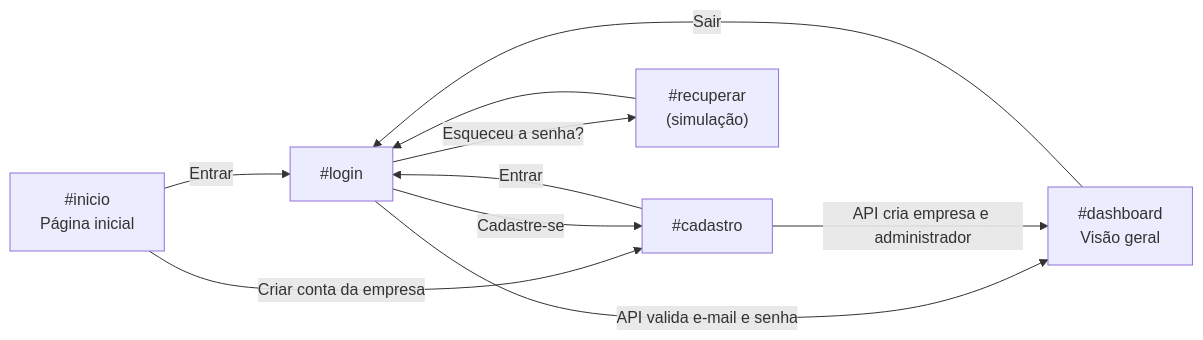
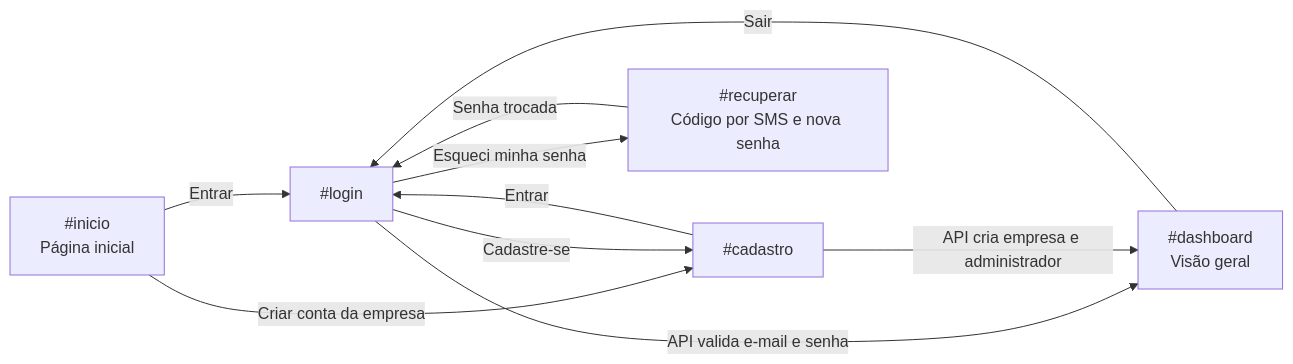
One commit to Andreik-f/Is.toque changed the first of 3 diagrams in documentação/04-Projeto de Interface.md. Above: the diagram before and after it, drawn with Mermaid. The commit also changed 24 other files, not shown here.

First line of the commit message:
feat: recuperar a senha por SMS no front (HU022) (#152)

````diff
--- a/documentação/04-Projeto de Interface.md
+++ b/documentação/04-Projeto de Interface.md
@@ -14,12 +14,12 @@
 ```mermaid
 flowchart LR
     A["#inicio<br/>Página inicial"] -->|Entrar| B["#login"]
     A -->|Criar conta da empresa| C["#cadastro"]
     B -->|Cadastre-se| C
     C -->|Entrar| B
-    B -->|Esqueceu a senha?| R["#recuperar<br/>(simulação)"]
-    R --> B
+    B -->|Esqueci minha senha| R["#recuperar<br/>Código por SMS e nova senha"]
+    R -->|Senha trocada| B
     B -->|API valida e-mail e senha| D["#dashboard<br/>Visão geral"]
     C -->|API cria empresa e administrador| D
     D -->|Sair| B
 ```
````
